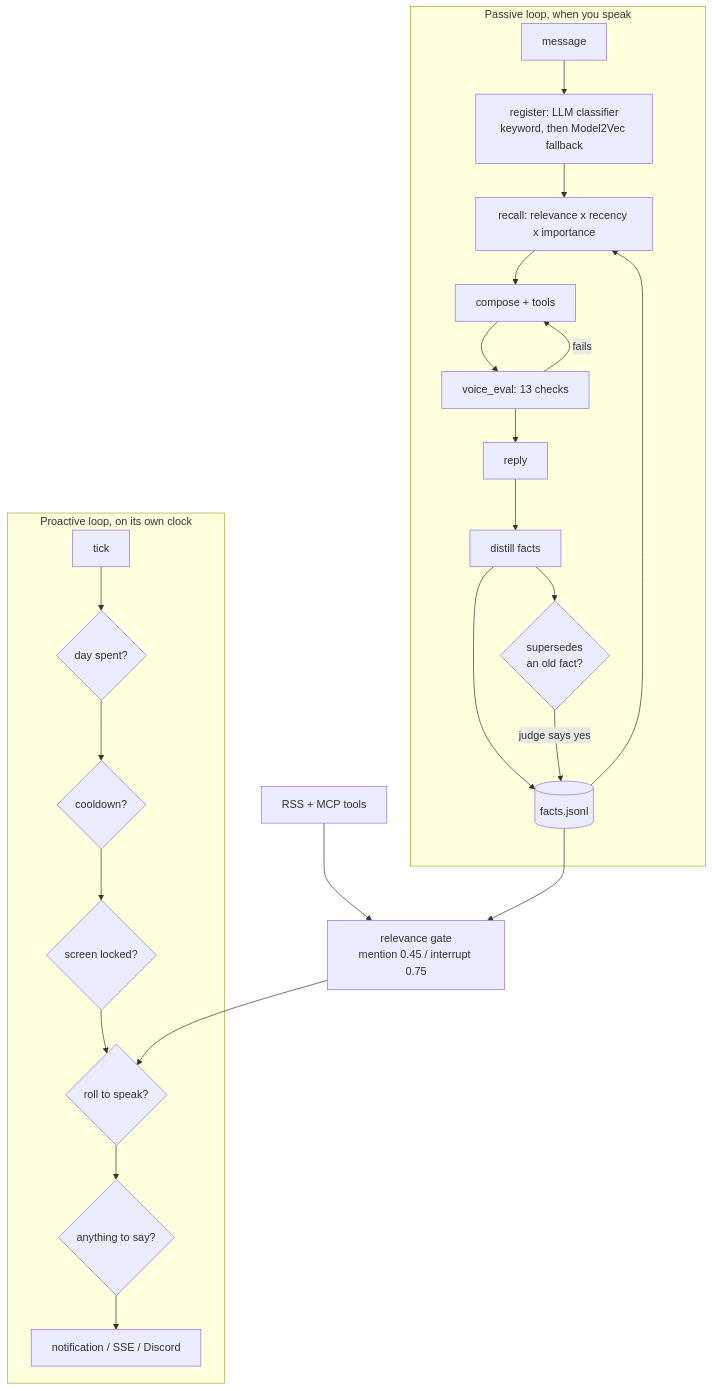
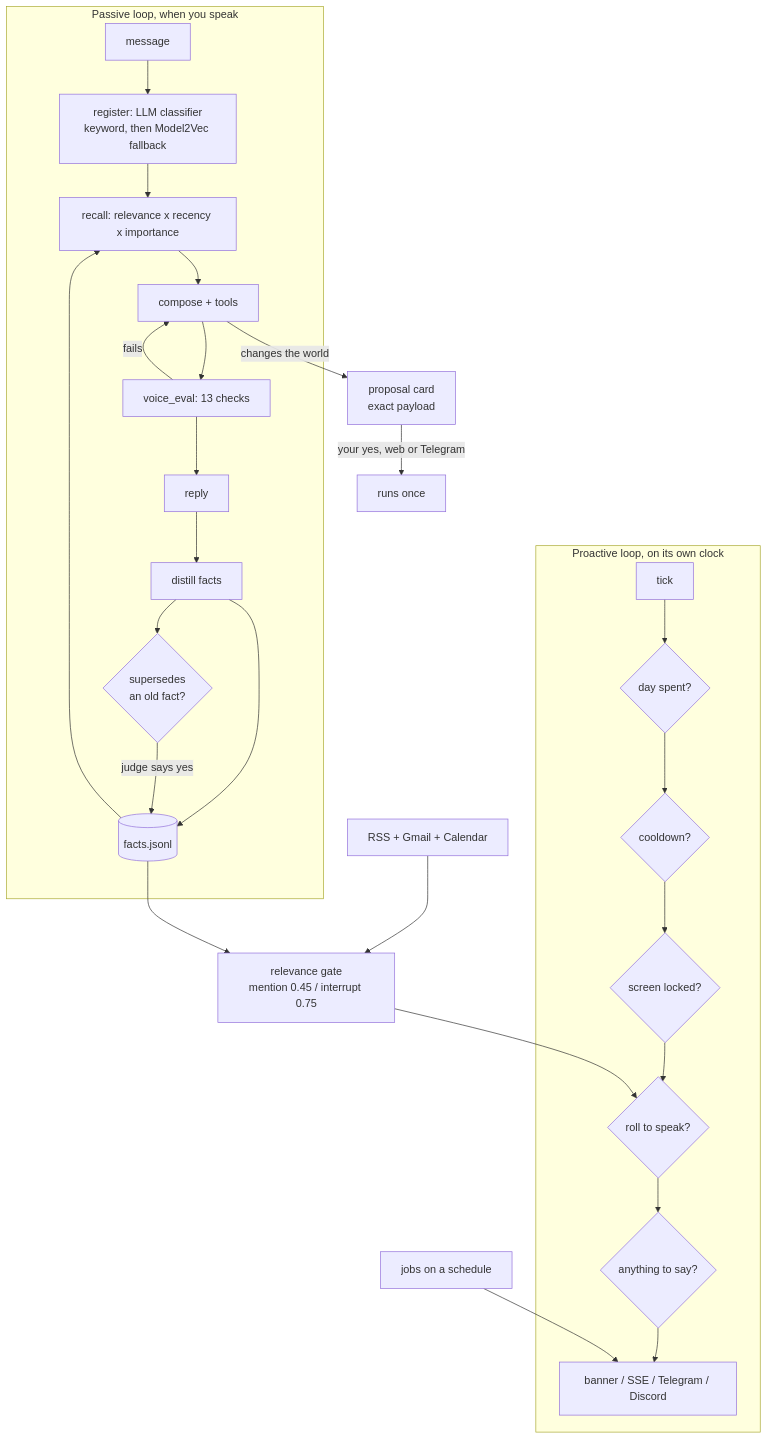
Before and after one commit to Jessego5/the-keeper: the diagram in README.md, drawn with Mermaid. The commit also changed other lines of this file and 5 other files, not shown here.

````diff
--- a/README.md
+++ b/README.md
@@ -152,23 +214,26 @@
 ```mermaid
 flowchart TB
     subgraph passive["Passive loop, when you speak"]
         M[message] --> REG[register: LLM classifier<br/>keyword, then Model2Vec fallback]
         REG --> REC[recall: relevance x recency x importance]
         REC --> GEN[compose + tools]
         GEN --> VE[voice_eval: 13 checks]
         VE -->|fails| GEN
         VE --> REPLY[reply]
         REPLY --> DIS[distill facts] --> STORE[(facts.jsonl)]
         DIS --> SUP{supersedes<br/>an old fact?}
         SUP -->|judge says yes| STORE
     end
     subgraph proactive["Proactive loop, on its own clock"]
         TICK[tick] --> G1{day spent?} --> G2{cooldown?} --> G3{screen locked?}
         G3 --> G4{roll to speak?} --> G5{anything to say?}
-        G5 --> OUT[notification / SSE / Discord]
+        G5 --> OUT[banner / SSE / Telegram / Discord]
     end
-    SRC[RSS + MCP tools] --> REL[relevance gate<br/>mention 0.45 / interrupt 0.75]
+    GEN -->|changes the world| PROP[proposal card<br/>exact payload]
+    PROP -->|your yes, web or Telegram| RUN[runs once]
+    SRC[RSS + Gmail + Calendar] --> REL[relevance gate<br/>mention 0.45 / interrupt 0.75]
     REL --> G4
+    JOBS[jobs on a schedule] --> OUT
     STORE --> REC
     STORE --> REL
 ```
````
